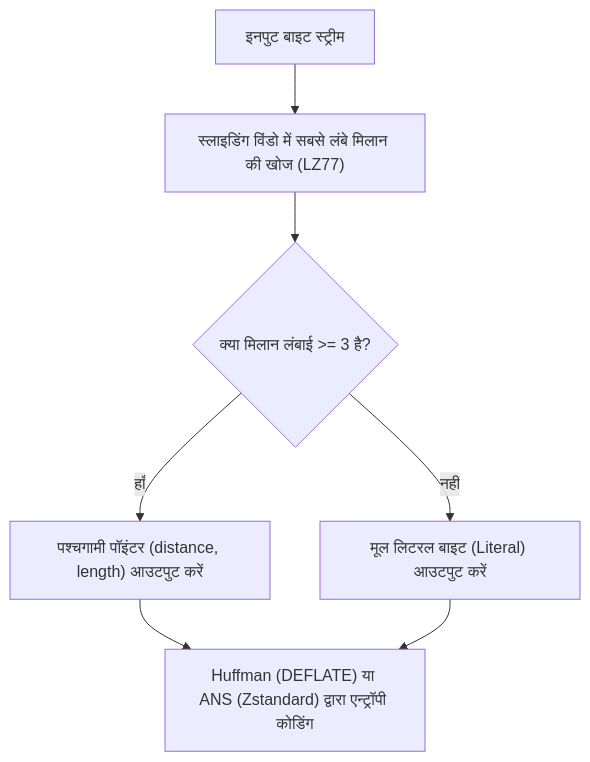
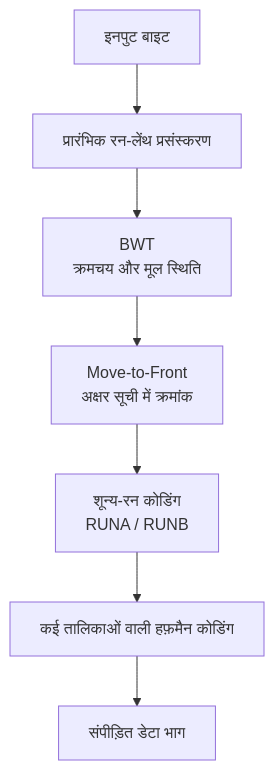
One commit to kenjinote/blog changed the second of 2 diagrams in content/post/lossless-data-compression-shannon-entropy-huffman-lz77-arithmetic-coding-ans/index.hi.md. Above: the diagram before and after it, drawn with Mermaid. The commit also changed other lines of this file and 8 other files, not shown here.

````diff
--- a/content/post/lossless-data-compression-shannon-entropy-huffman-lz77-arithmetic-coding-ans/index.hi.md
+++ b/content/post/lossless-data-compression-shannon-entropy-huffman-lz77-arithmetic-coding-ans/index.hi.md
@@ -86,9 +302,9 @@
 ```mermaid
 flowchart TD
-    A["इनपुट बाइट स्ट्रीम"] --> B["स्लाइडिंग विंडो में सबसे लंबे मिलान की खोज (LZ77)"]
-    B --> C{"क्या मिलान लंबाई >= 3 है?"}
-    C -- "हाँ" --> D["पश्चगामी पॉइंटर (distance, length) आउटपुट करें"]
-    C -- "नहीं" --> E["मूल लिटरल बाइट (Literal) आउटपुट करें"]
-    D --> F["Huffman (DEFLATE) या ANS (Zstandard) द्वारा एन्ट्रॉपी कोडिंग"]
-    E --> F
+    Input["इनपुट बाइट"] --> RLE1["प्रारंभिक रन-लेंथ प्रसंस्करण"]
+    RLE1 --> BWT["BWT<br/>क्रमचय और मूल स्थिति"]
+    BWT --> MTF["Move-to-Front<br/>अक्षर सूची में क्रमांक"]
+    MTF --> RLE0["शून्य-रन कोडिंग<br/>RUNA / RUNB"]
+    RLE0 --> Huffman["कई तालिकाओं वाली हफ़मैन कोडिंग"]
+    Huffman --> Output["संपीड़ित डेटा भाग"]
 ```
````
